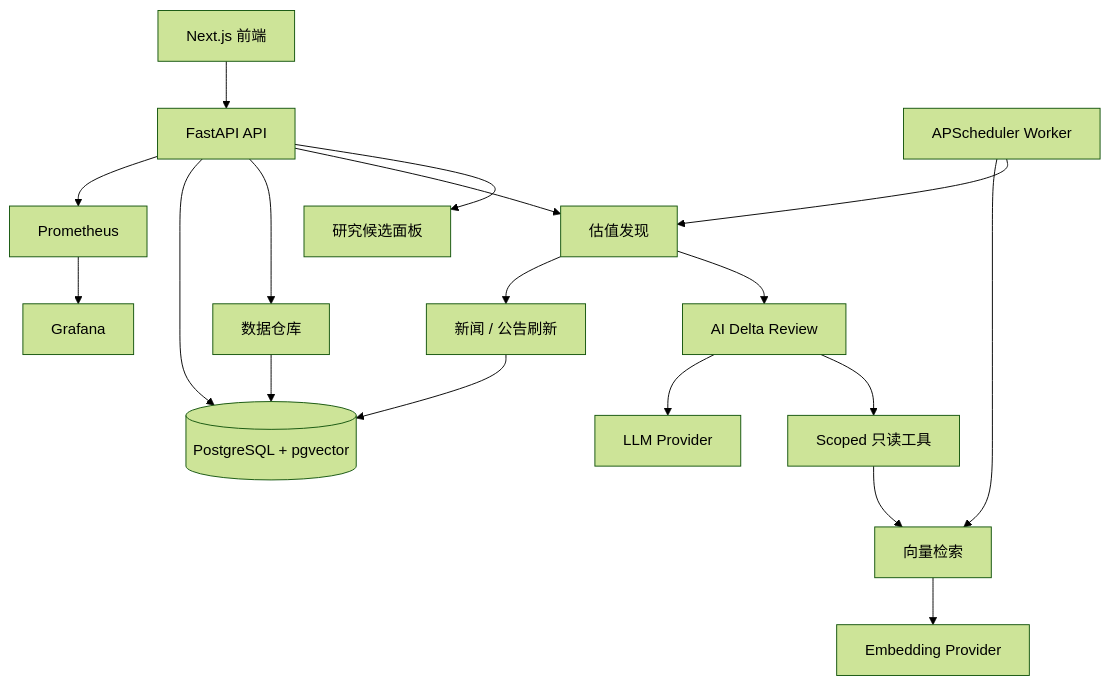
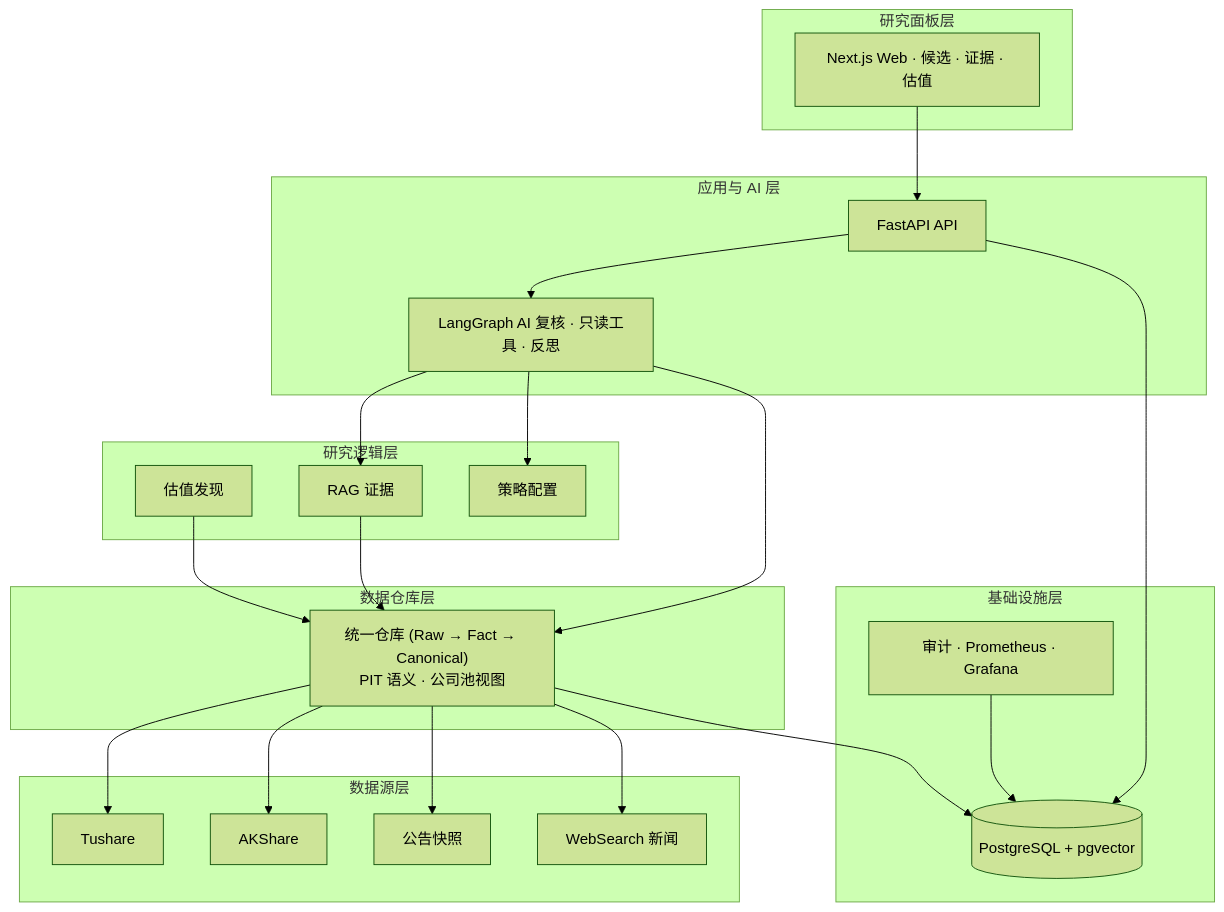
One commit to RickyW0529/Margin changed the second of 2 diagrams in README.zh-CN.md. Above: the diagram before and after it, drawn with Mermaid (forest theme). The commit also changed other lines of this file and 1 other file, not shown here.

````diff
--- a/README.zh-CN.md
+++ b/README.zh-CN.md
@@ -47,20 +61,42 @@
 ```mermaid
 flowchart TB
-    Web[Next.js 前端] --> API[FastAPI API]
-    API --> Dashboard[研究候选面板]
-    API --> Valuation[估值发现]
-    Valuation --> Research[AI Delta Review]
-    Research --> Tools[Scoped 只读工具]
-    Tools --> Retrieval[向量检索]
-    Valuation --> News[新闻 / 公告刷新]
-    API --> Data[数据仓库]
-    Research --> LLM[LLM Provider]
-    Retrieval --> Embedding[Embedding Provider]
-    API --> PG[(PostgreSQL + pgvector)]
-    Data --> PG
-    News --> PG
-    Worker[APScheduler Worker] --> Valuation
-    Worker --> Retrieval
-    API --> Prometheus[Prometheus]
-    Prometheus --> Grafana[Grafana]
+    subgraph L5[研究面板层]
+        Web[Next.js Web · 候选 · 证据 · 估值]
+    end
+    subgraph L4[应用与 AI 层]
+        API[FastAPI API]
+        Review[LangGraph AI 复核 · 只读工具 · 反思]
+        API --> Review
+    end
+    subgraph L3[研究逻辑层]
+        Valuation[估值发现]
+        RAG[RAG 证据]
+        Strategy[策略配置]
+        Review --> RAG
+        Review --> Strategy
+    end
+    subgraph L2[数据仓库层]
+        Warehouse["统一仓库 (Raw → Fact → Canonical)<br/>PIT 语义 · 公司池视图"]
+        Valuation --> Warehouse
+        Review --> Warehouse
+        RAG --> Warehouse
+    end
+    subgraph L1[数据源层]
+        Tushare[Tushare]
+        AKShare[AKShare]
+        Filing[公告快照]
+        WebSearch[WebSearch 新闻]
+        Warehouse --> Tushare
+        Warehouse --> AKShare
+        Warehouse --> Filing
+        Warehouse --> WebSearch
+    end
+    subgraph L0[基础设施层]
+        PG[(PostgreSQL + pgvector)]
+        Obs[审计 · Prometheus · Grafana]
+        Web --> API
+        Warehouse --> PG
+        API --> PG
+        Obs --> PG
+    end
 ```
````
